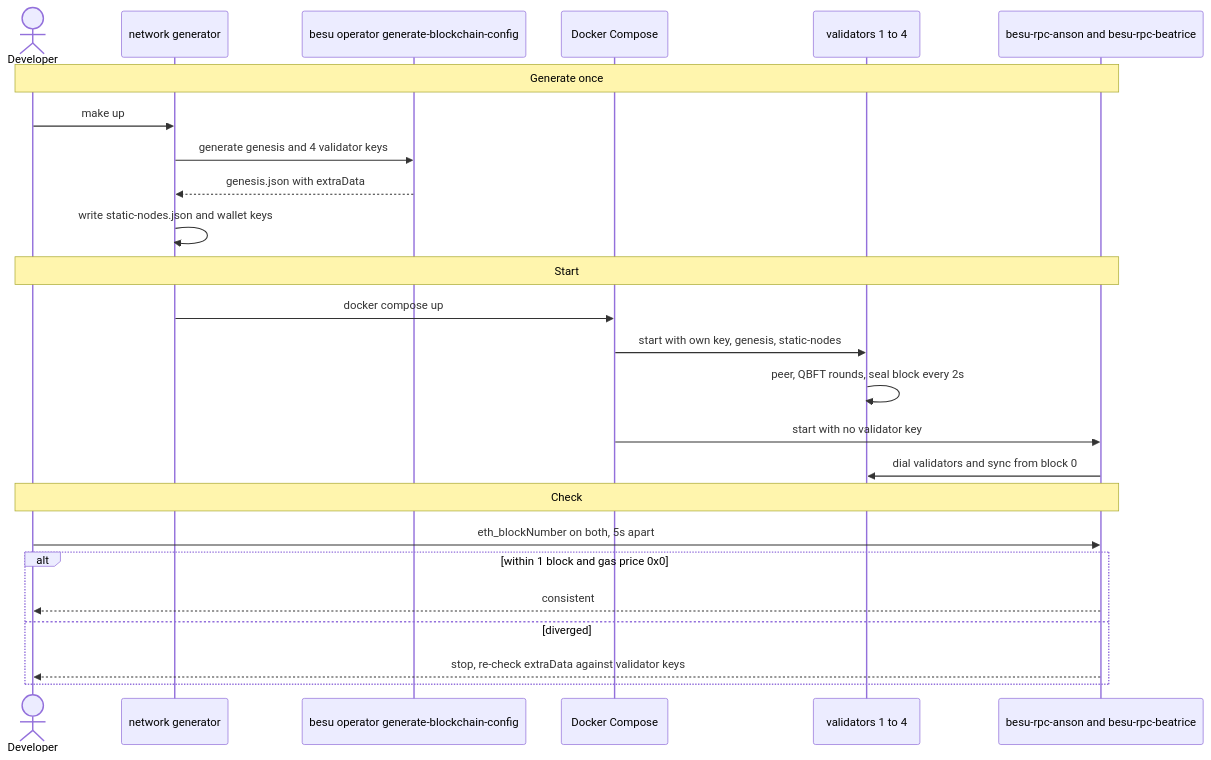
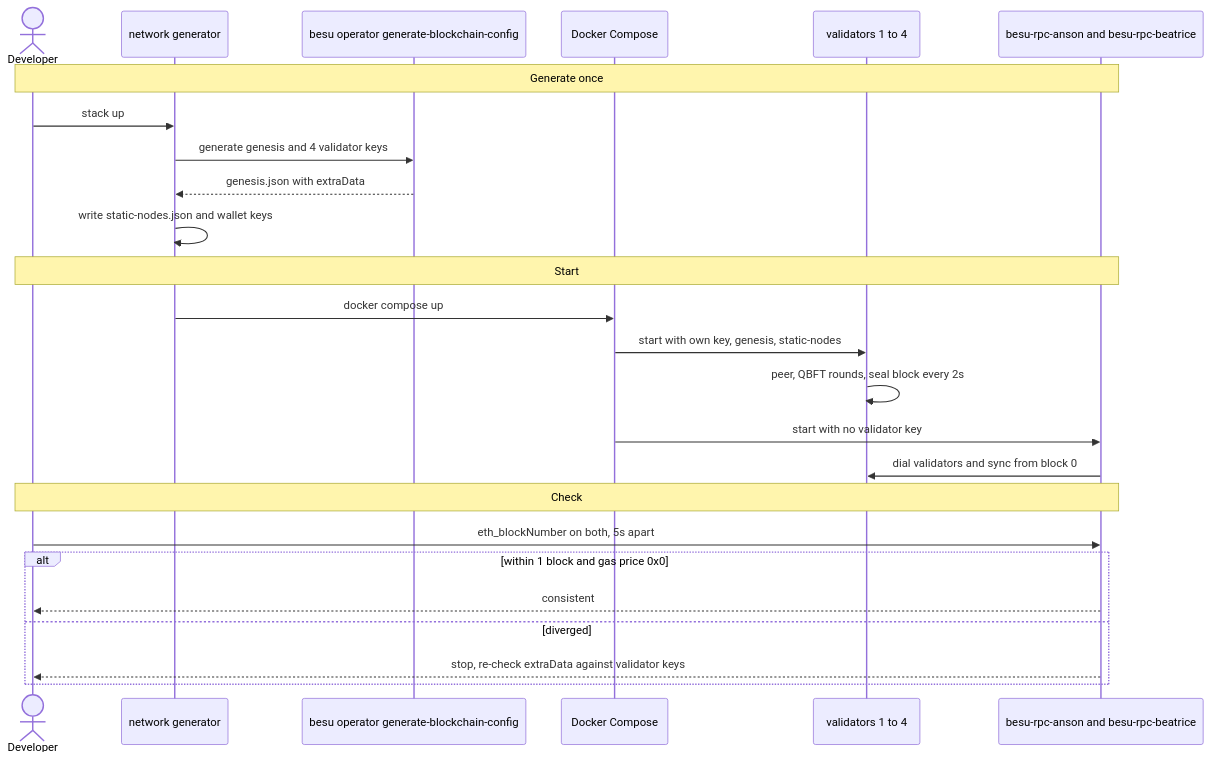
Before and after one commit to hohowin/besu-with-firefly: the second of 11 diagrams in docs/use-cases.md, drawn with Mermaid. The commit also changed other lines of this file and 5 other files, not shown here.

````diff
--- a/docs/use-cases.md
+++ b/docs/use-cases.md
@@ -90,30 +90,30 @@
 ```mermaid
 sequenceDiagram
     actor Dev as Developer
     participant GEN as network generator
     participant BC as besu operator generate-blockchain-config
     participant DC as Docker Compose
     participant VAL as validators 1 to 4
     participant RPC as besu-rpc-anson and besu-rpc-beatrice
 
     Note over Dev,RPC: Generate once
-    Dev->>GEN: make up
+    Dev->>GEN: stack up
     GEN->>BC: generate genesis and 4 validator keys
     BC-->>GEN: genesis.json with extraData
     GEN->>GEN: write static-nodes.json and wallet keys
 
     Note over Dev,RPC: Start
     GEN->>DC: docker compose up
     DC->>VAL: start with own key, genesis, static-nodes
     VAL->>VAL: peer, QBFT rounds, seal block every 2s
     DC->>RPC: start with no validator key
     RPC->>VAL: dial validators and sync from block 0
 
     Note over Dev,RPC: Check
     Dev->>RPC: eth_blockNumber on both, 5s apart
     alt within 1 block and gas price 0x0
         RPC-->>Dev: consistent
     else diverged
         RPC-->>Dev: stop, re-check extraData against validator keys
     end
 ```
````
